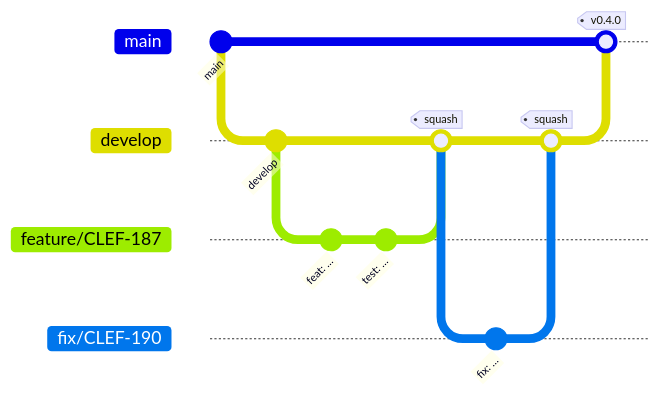
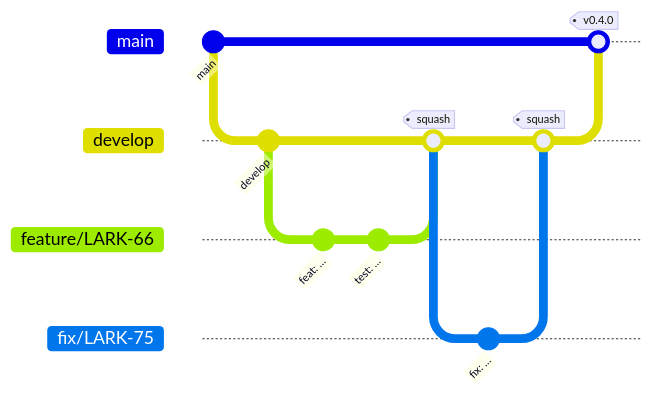
Before and after one commit to SoliaMarko/nonsololarco: the fourth of 5 diagrams in docs/architecture/overview.md, drawn with Mermaid. The commit also changed 8 other files, not shown here.

````diff
--- a/docs/architecture/overview.md
+++ b/docs/architecture/overview.md
@@ -167,17 +167,17 @@
 ```mermaid
 gitGraph
     commit id: "main"
     branch develop
     commit id: "develop"
-    branch feature/CLEF-187
+    branch feature/LARK-66
     commit id: "feat: …"
     commit id: "test: …"
     checkout develop
-    merge feature/CLEF-187 tag: "squash"
-    branch fix/CLEF-190
+    merge feature/LARK-66 tag: "squash"
+    branch fix/LARK-75
     commit id: "fix: …"
     checkout develop
-    merge fix/CLEF-190 tag: "squash"
+    merge fix/LARK-75 tag: "squash"
     checkout main
     merge develop tag: "v0.4.0"
 ```
````
